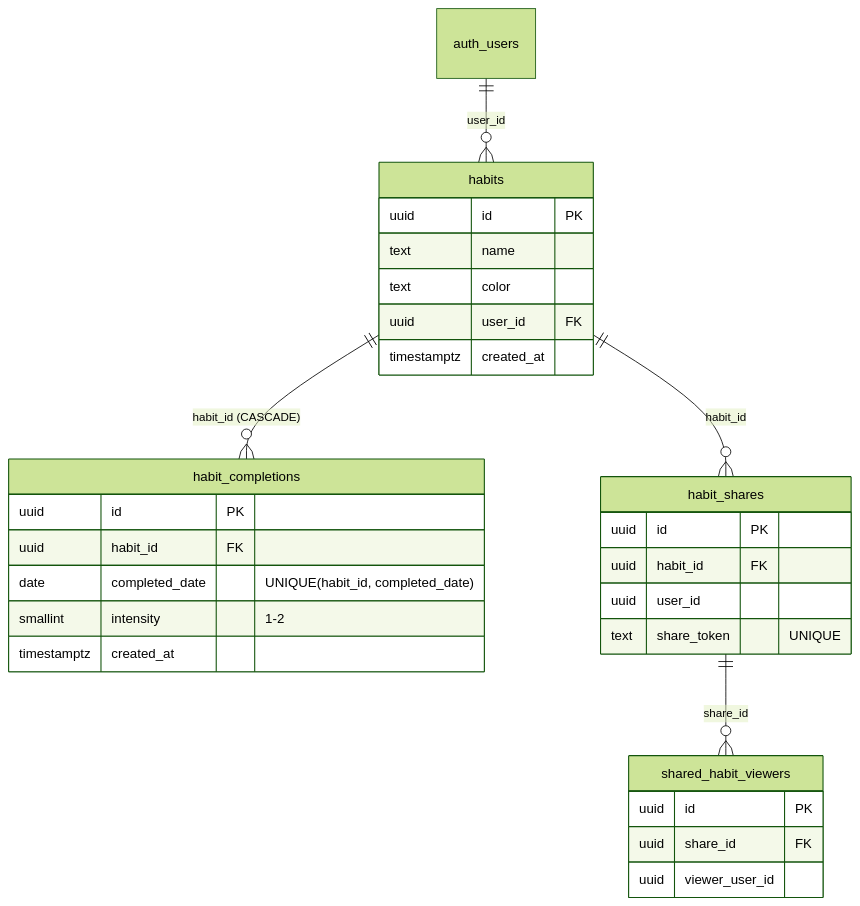
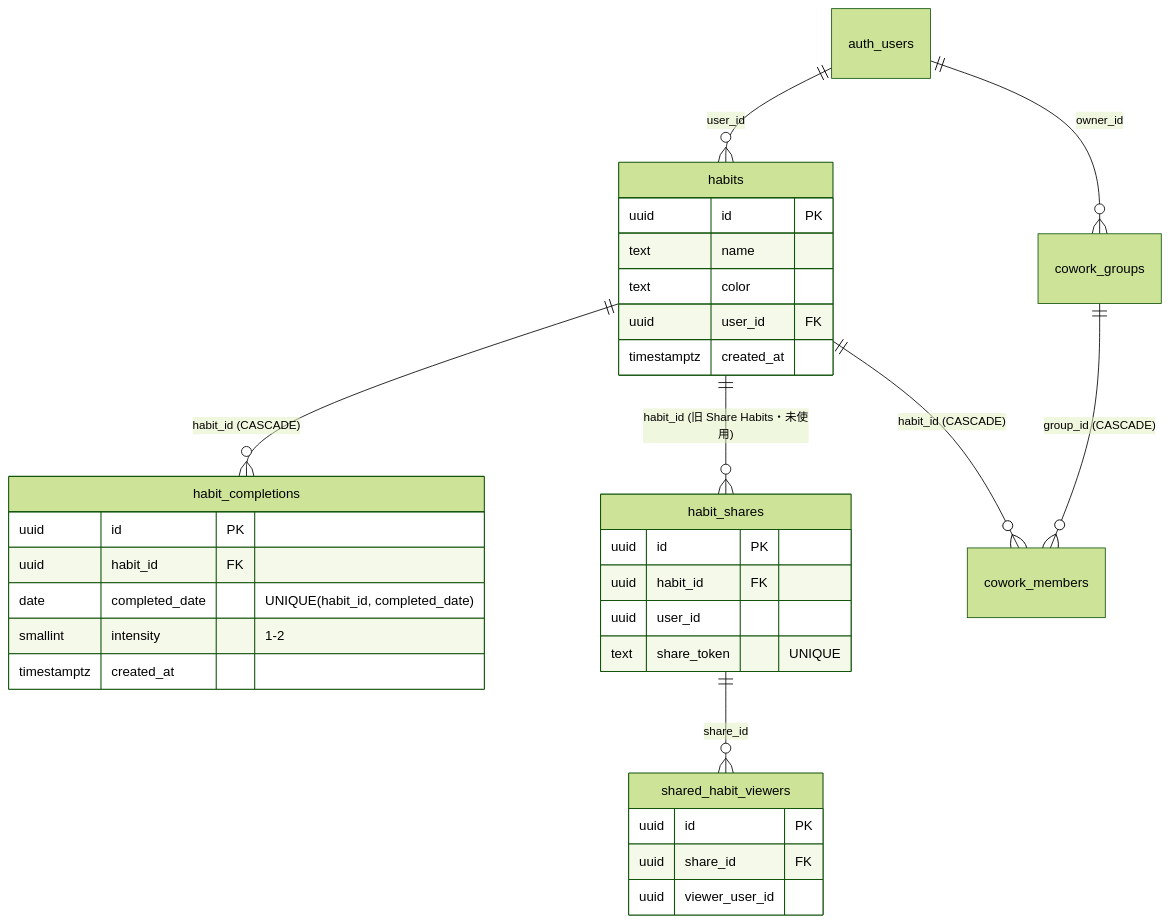
Before and after one commit to okuura/habitww_ng: the diagram in docs/design.md, drawn with Mermaid (forest theme). The commit also changed other lines of this file and 13 other files, not shown here.

First line of the commit message:
Share Habits を Cowork Habits に置き換える

````diff
--- a/docs/design.md
+++ b/docs/design.md
@@ -72,33 +80,36 @@
 ```mermaid
 erDiagram
     auth_users ||--o{ habits : "user_id"
     habits ||--o{ habit_completions : "habit_id (CASCADE)"
-    habits ||--o{ habit_shares : "habit_id"
+    habits ||--o{ habit_shares : "habit_id (旧 Share Habits・未使用)"
     habit_shares ||--o{ shared_habit_viewers : "share_id"
+    auth_users ||--o{ cowork_groups : "owner_id"
+    cowork_groups ||--o{ cowork_members : "group_id (CASCADE)"
+    habits ||--o{ cowork_members : "habit_id (CASCADE)"
 
     habits {
         uuid id PK
         text name
         text color
         uuid user_id FK
         timestamptz created_at
     }
     habit_completions {
         uuid id PK
         uuid habit_id FK
         date completed_date "UNIQUE(habit_id, completed_date)"
         smallint intensity "1-2"
         timestamptz created_at
     }
     habit_shares {
         uuid id PK
         uuid habit_id FK
         uuid user_id
         text share_token "UNIQUE"
     }
     shared_habit_viewers {
         uuid id PK
         uuid share_id FK
         uuid viewer_user_id
     }
 ```
````
